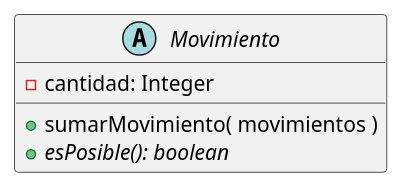
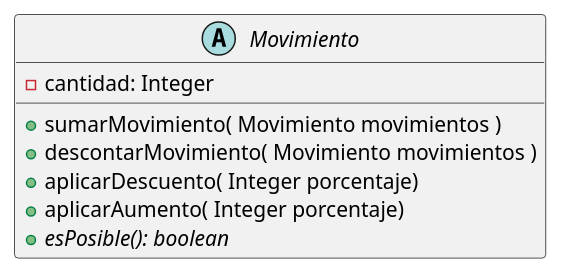
One commit to rodrigovzq/algo3_tp2 changed the second of 2 diagrams in diagrams/classes/DiagramaClase_Movimiento.puml. Above: the diagram before and after it, drawn with PlantUML. The commit also changed other lines of this file and 4 other files, not shown here.

```diff
--- a/diagrams/classes/DiagramaClase_Movimiento.puml
+++ b/diagrams/classes/DiagramaClase_Movimiento.puml
@@ -15,10 +21,13 @@
 @startuml(id=SINSUBCLASES)
 
        'Clase que encapsula la logica de movimientos.
        abstract class Movimiento{
            - cantidad: Integer
-           + sumarMovimiento( movimientos )
+           + sumarMovimiento( Movimiento movimientos )
+           + descontarMovimiento( Movimiento movimientos )
+           + aplicarDescuento( Integer porcentaje)
+           + aplicarAumento( Integer porcentaje)
            + {abstract} esPosible(): boolean
        }
 
 @enduml
```
